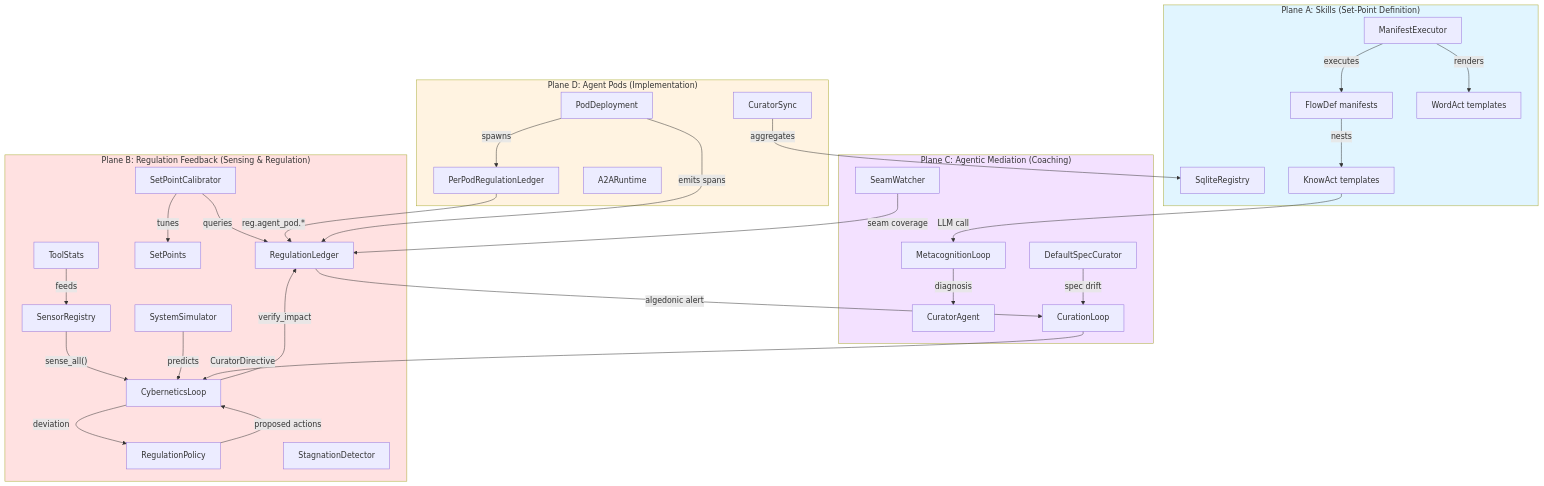
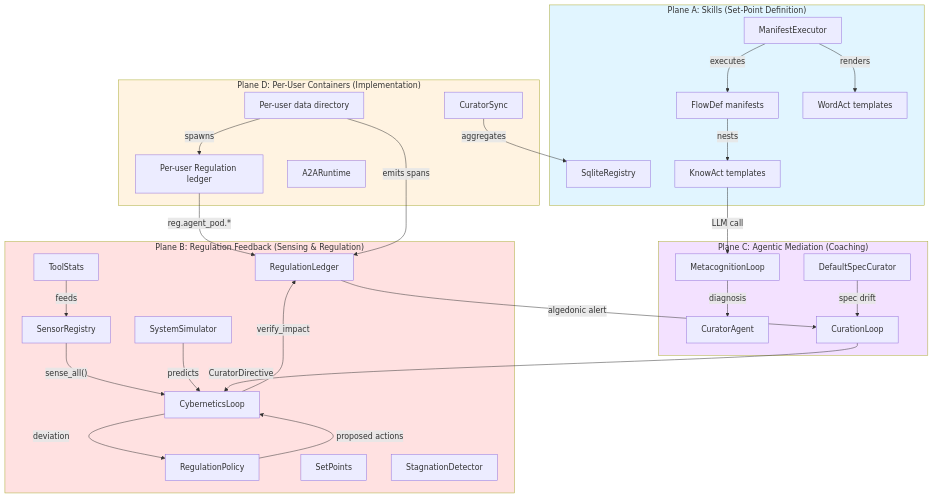
The first of 6 diagrams in kask/docs/architecture/core/toyota-kata-cybernetic-mapping.md (mdz-axo/zed-kask), drawn with Mermaid before and after one commit. The commit also changed other lines of this file and 5 other files, not shown here.

````diff
--- a/kask/docs/architecture/core/toyota-kata-cybernetic-mapping.md
+++ b/kask/docs/architecture/core/toyota-kata-cybernetic-mapping.md
@@ -203,68 +199,63 @@
 ```mermaid
 graph TD
     subgraph PlaneA["Plane A: Skills (Set-Point Definition)"]
         ME["ManifestExecutor"]
         SR["SqliteRegistry"]
         FD["FlowDef manifests"]
         KA["KnowAct templates"]
         WA["WordAct templates"]
     end
 
     subgraph PlaneB["Plane B: Regulation Feedback (Sensing & Regulation)"]
         CR["RegulationLedger"]
         CL["CyberneticsLoop"]
         SC["SensorRegistry"]
         RP["RegulationPolicy"]
         SP["SetPoints"]
-        SPC["SetPointCalibrator"]
         SD["StagnationDetector"]
         TS["ToolStats"]
         SS["SystemSimulator"]
     end
 
     subgraph PlaneC["Plane C: Agentic Mediation (Coaching)"]
         CA["CuratorAgent"]
         CUL["CurationLoop"]
         ML["MetacognitionLoop"]
-        SW["SeamWatcher"]
         DSC["DefaultSpecCurator"]
     end
 
-    subgraph PlaneD["Plane D: Agent Pods (Implementation)"]
-        PD["PodDeployment"]
-        PReg["PerPodRegulationLedger"]
+    subgraph PlaneD["Plane D: Per-User Containers (Implementation)"]
+        PD["Per-user data directory"]
+        PReg["Per-user Regulation ledger"]
         A2A["A2ARuntime"]
         CS["CuratorSync"]
     end
 
     ME -->|"renders"| WA
     ME -->|"executes"| FD
     FD -->|"nests"| KA
     KA -->|"LLM call"| ML
 
     SC -->|"sense_all()"| CL
     CL -->|"deviation"| RP
     RP -->|"proposed actions"| CL
     CL -->|"verify_impact"| CR
-    SPC -->|"queries"| CR
-    SPC -->|"tunes"| SP
     SS -->|"predicts"| CL
     TS -->|"feeds"| SC
 
     CR -->|"algedonic alert"| CUL
     CUL -->|"CuratorDirective"| CL
     ML -->|"diagnosis"| CA
     %% CA -->|"direct_bot"| A2A  %% DEFERRED (v0.31.0): A2A is not live; edge retained for future wiring
-    SW -->|"seam coverage"| CR
     DSC -->|"spec drift"| CUL
 
     PD -->|"spawns"| PReg
     PReg -->|"reg.agent_pod.*"| CR
     PD -->|"emits spans"| CR
     CS -->|"aggregates"| SR
 
     style PlaneA fill:#e1f5ff
     style PlaneB fill:#ffe1e1
     style PlaneC fill:#f3e1ff
     style PlaneD fill:#fff3e1
 ```
````
